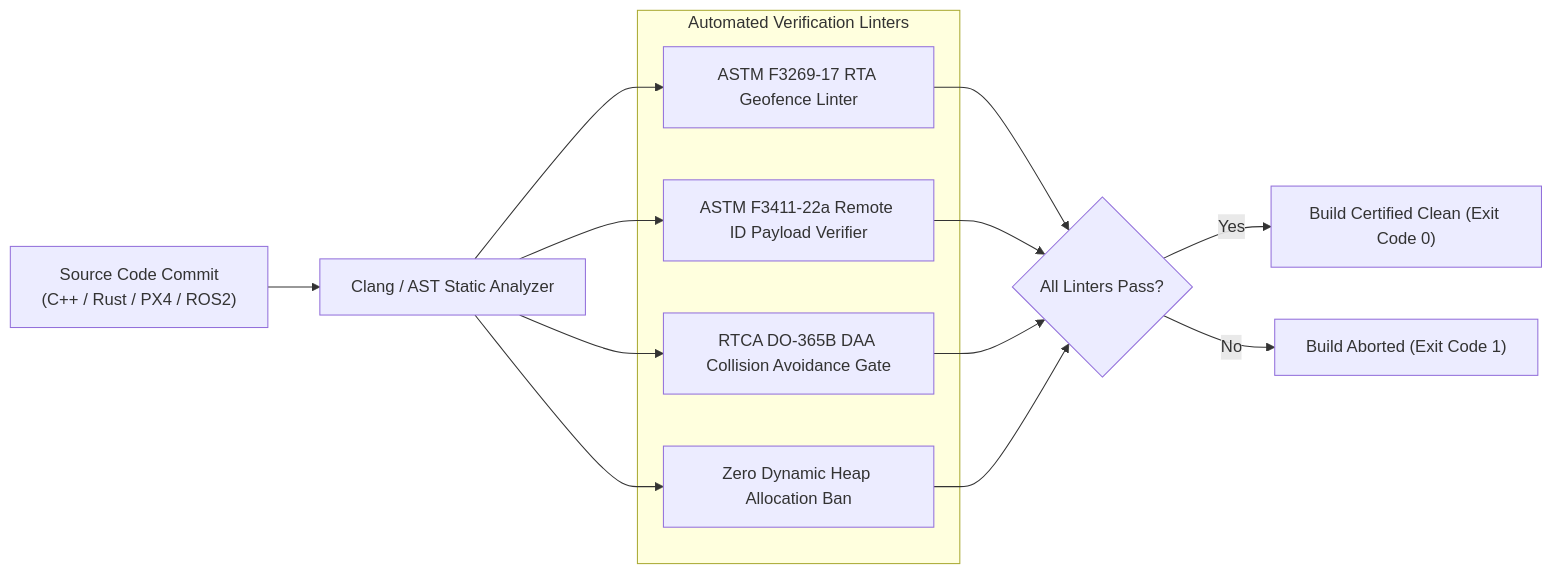
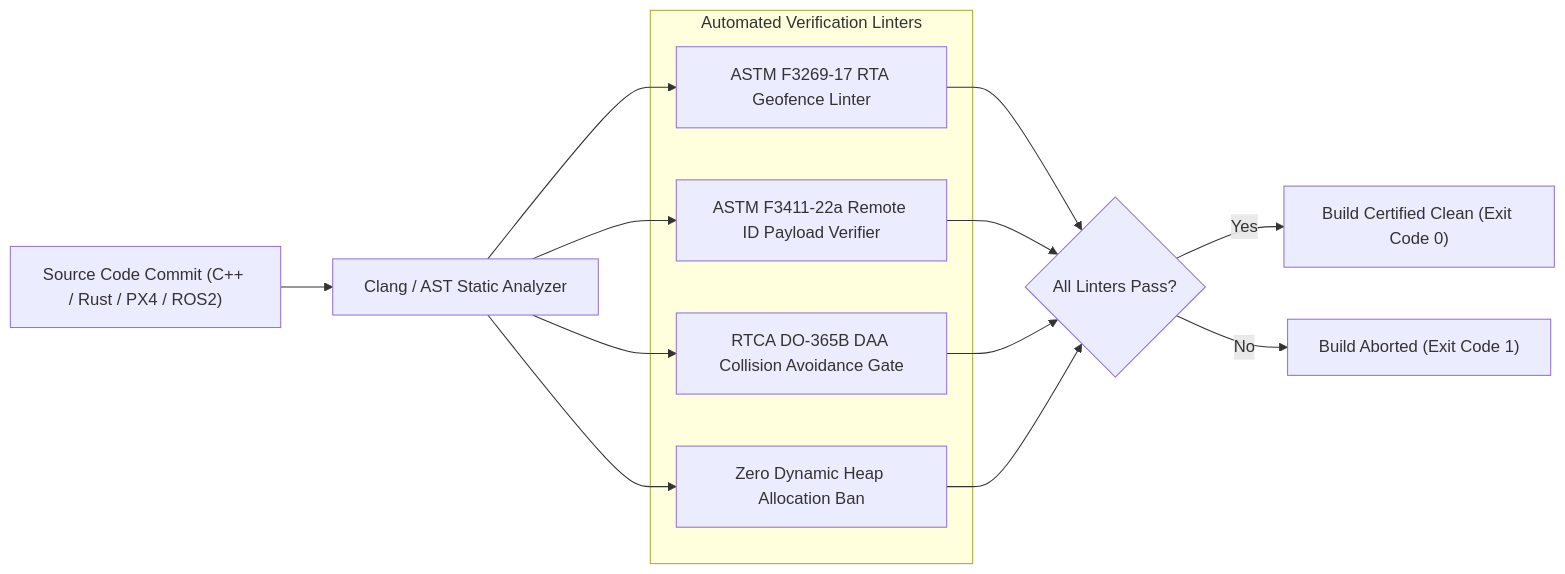
The sixth of 7 diagrams in docs/architecture/blueprints/DEAP_UAS_INFRASTRUCTURE_SAFETY_CONCEPT_PAPER.md (gintatkinson/DEAP-spec-core), drawn with Mermaid before and after one commit. The commit also changed other lines of this file and 5 other files, not shown here.

````diff
--- a/docs/architecture/blueprints/DEAP_UAS_INFRASTRUCTURE_SAFETY_CONCEPT_PAPER.md
+++ b/docs/architecture/blueprints/DEAP_UAS_INFRASTRUCTURE_SAFETY_CONCEPT_PAPER.md
@@ -506,22 +505,22 @@
 ```mermaid
 flowchart LR
-    Source_Commit["Source Code Commit\n(C++ / Rust / PX4 / ROS2)"] --> AST_Analyzer["Clang / AST Static Analyzer"]
+    Source_Commit["Source Code Commit (C++ / Rust / PX4 / ROS2)"] --> AST_Analyzer["Clang / AST Static Analyzer"]
 
     subgraph Mechanical_Gates ["Automated Verification Linters"]
         Gate1["ASTM F3269-17 RTA Geofence Linter"]
         Gate2["ASTM F3411-22a Remote ID Payload Verifier"]
         Gate3["RTCA DO-365B DAA Collision Avoidance Gate"]
         Gate4["Zero Dynamic Heap Allocation Ban"]
     end
 
     AST_Analyzer --> Gate1
     AST_Analyzer --> Gate2
     AST_Analyzer --> Gate3
     AST_Analyzer --> Gate4
     Gate1 --> Verdict{"All Linters Pass?"}
     Gate2 --> Verdict
     Gate3 --> Verdict
     Gate4 --> Verdict
     Verdict -->|Yes| Certified["Build Certified Clean (Exit Code 0)"]
     Verdict -->|No| Aborted["Build Aborted (Exit Code 1)"]
 ```
````
